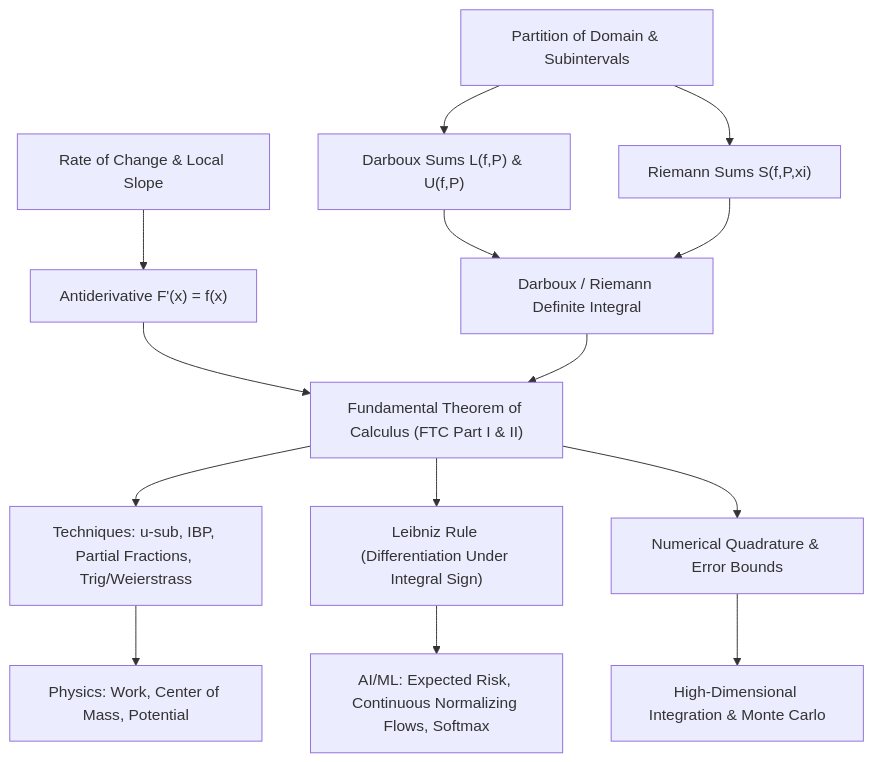
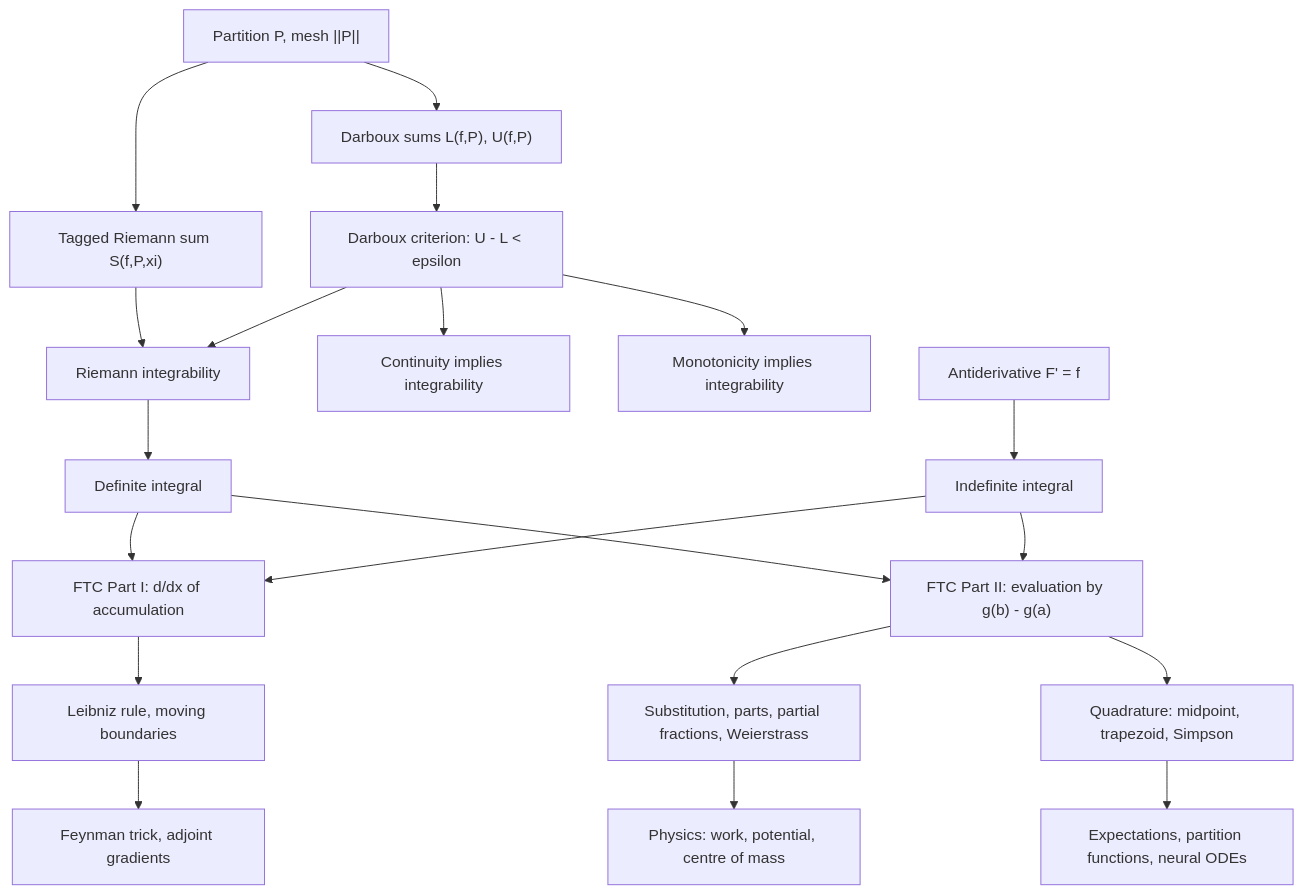
The diagram in calculus/05_indefinite_and_definite_integrals/README.md (hien078/applied-mathematics-foundation), drawn with Mermaid before and after one commit. The commit also changed other lines of this file and 25 other files, not shown here.

````diff
--- a/calculus/05_indefinite_and_definite_integrals/README.md
+++ b/calculus/05_indefinite_and_definite_integrals/README.md
@@ -52,16 +69,22 @@
 ```mermaid
 flowchart TD
-    A["Rate of Change & Local Slope"] --> B["Antiderivative F'(x) = f(x)"]
-    C["Partition of Domain & Subintervals"] --> D["Darboux Sums L(f,P) & U(f,P)"]
-    C --> E["Riemann Sums S(f,P,xi)"]
-    D --> F["Darboux / Riemann Definite Integral"]
-    E --> F
-    B --> G["Fundamental Theorem of Calculus (FTC Part I & II)"]
-    F --> G
-    G --> H["Techniques: u-sub, IBP, Partial Fractions, Trig/Weierstrass"]
-    G --> I["Leibniz Rule (Differentiation Under Integral Sign)"]
-    G --> J["Numerical Quadrature & Error Bounds"]
-    H --> K["Physics: Work, Center of Mass, Potential"]
-    I --> L["AI/ML: Expected Risk, Continuous Normalizing Flows, Softmax"]
-    J --> M["High-Dimensional Integration & Monte Carlo"]
+    A["Partition P, mesh ||P||"] --> B["Darboux sums L(f,P), U(f,P)"]
+    A --> C["Tagged Riemann sum S(f,P,xi)"]
+    B --> D["Darboux criterion: U - L < epsilon"]
+    C --> E["Riemann integrability"]
+    D --> E
+    D --> F["Continuity implies integrability"]
+    D --> G["Monotonicity implies integrability"]
+    E --> H["Definite integral"]
+    I["Antiderivative F' = f"] --> J["Indefinite integral"]
+    H --> K["FTC Part I: d/dx of accumulation"]
+    J --> K
+    H --> L["FTC Part II: evaluation by g(b) - g(a)"]
+    J --> L
+    K --> M["Leibniz rule, moving boundaries"]
+    L --> N["Substitution, parts, partial fractions, Weierstrass"]
+    L --> O["Quadrature: midpoint, trapezoid, Simpson"]
+    M --> P["Feynman trick, adjoint gradients"]
+    N --> Q["Physics: work, potential, centre of mass"]
+    O --> R["Expectations, partition functions, neural ODEs"]
 ```
````
